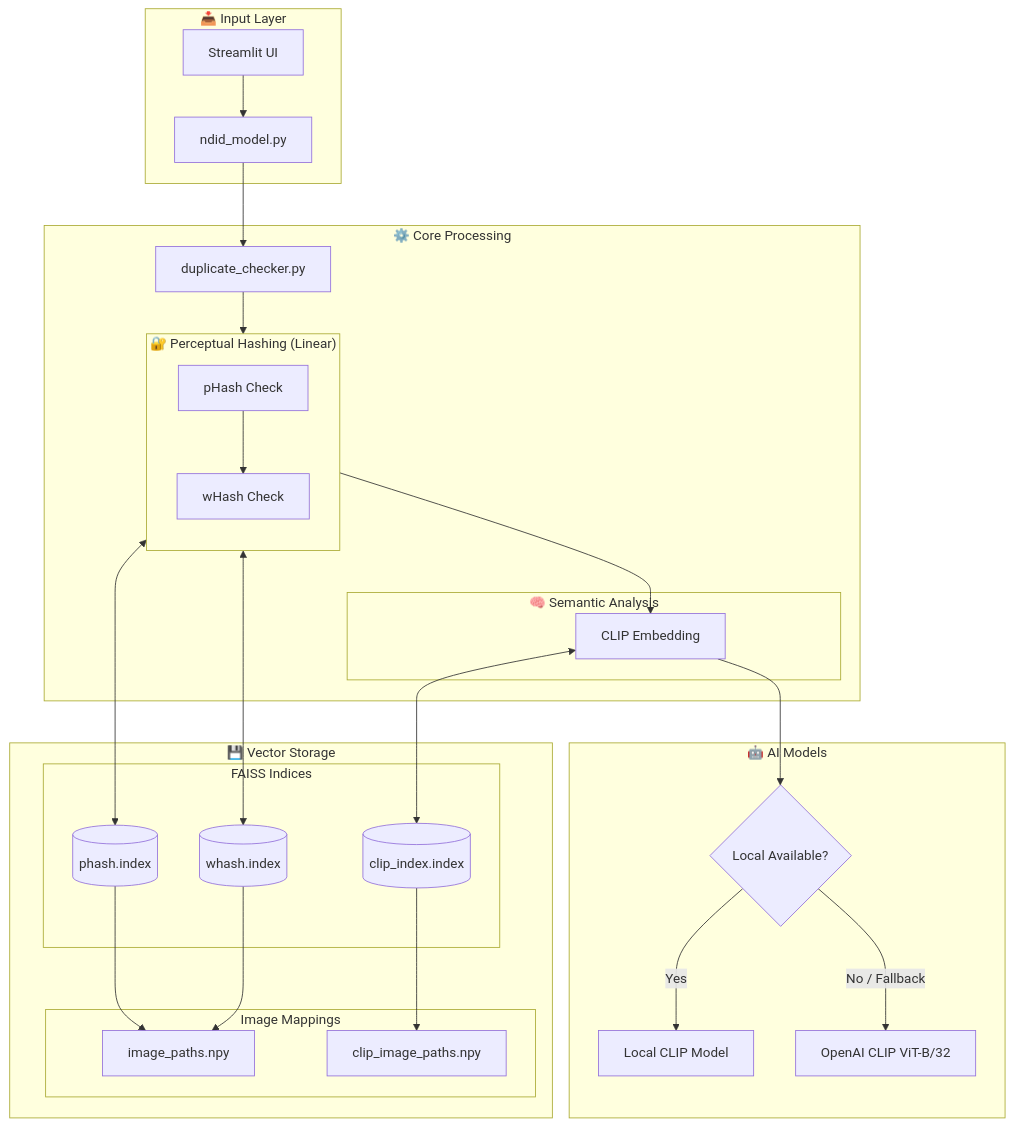
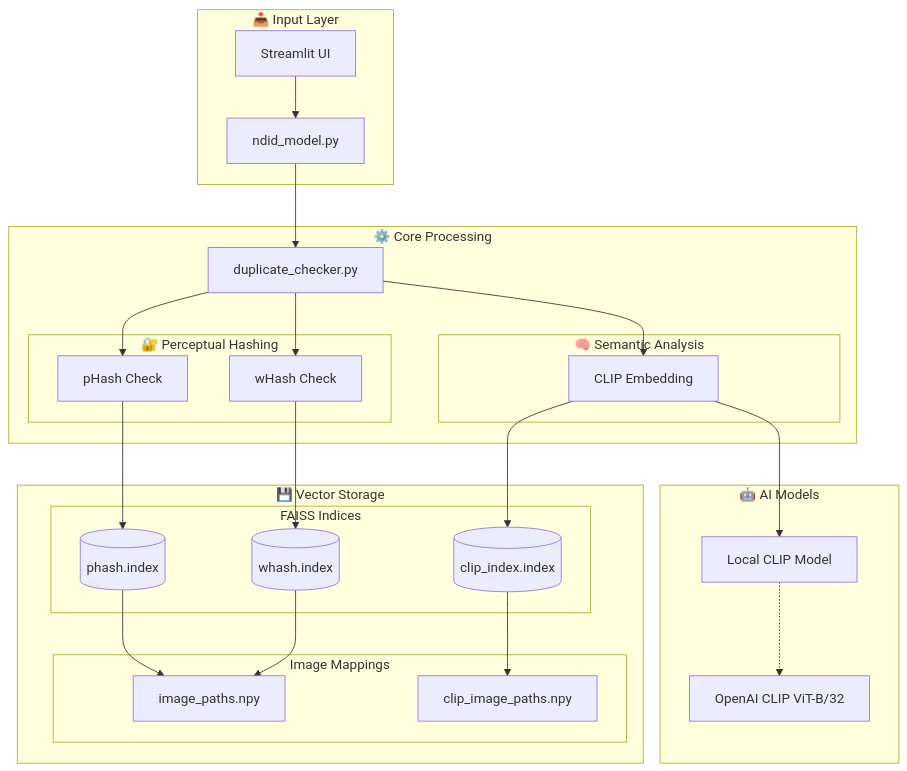
One commit to gaurav337/DejaView changed the first of 3 diagrams in README.md. Above: the diagram before and after it, drawn with Mermaid. The commit also changed other lines of this file and 26 other files, not shown here.

````diff
--- a/README.md
+++ b/README.md
@@ -134,64 +142,55 @@
 ```mermaid
 flowchart TB
     subgraph Input["📥 Input Layer"]
         UI[Streamlit UI]
         API[ndid_model.py]
     end
 
     subgraph Core["⚙️ Core Processing"]
         DC[duplicate_checker.py]
         
-        subgraph Hashing["🔐 Perceptual Hashing (Linear)"]
-            direction TB
+        subgraph Hashing["🔐 Perceptual Hashing"]
             PH[pHash Check]
             WH[wHash Check]
         end
         
         subgraph Semantic["🧠 Semantic Analysis"]
             CLIP[CLIP Embedding]
         end
     end
 
     subgraph Storage["💾 Vector Storage"]
         subgraph FAISS["FAISS Indices"]
             PI[(phash.index)]
             WI[(whash.index)]
             CI[(clip_index.index)]
         end
         
         subgraph Paths["Image Mappings"]
             HP[image_paths.npy]
             CP[clip_image_paths.npy]
         end
     end
 
     subgraph Models["🤖 AI Models"]
-        ModelCheck{Local Available?}
         LM[Local CLIP Model]
         OM[OpenAI CLIP ViT-B/32]
     end
 
-    %% Flow Connections
     UI --> API
     API --> DC
+    DC --> PH
+    DC --> WH
+    DC --> CLIP
     
-    %% Linear Processing Flow
-    DC --> PH
-    PH --> WH
-    WH --> CLIP
+    PH --> PI
+    WH --> WI
+    CLIP --> CI
     
-    %% Storage Lookups
-    PH <--> PI
-    WH <--> WI
-    CLIP <--> CI
-    
-    %% Path Retrievals
     PI --> HP
     WI --> HP
     CI --> CP
     
-    %% Model Loading Logic
-    CLIP --> ModelCheck
-    ModelCheck -->|Yes| LM
-    ModelCheck -->|No / Fallback| OM
+    CLIP --> LM
+    LM -.-> OM
 ```
````
